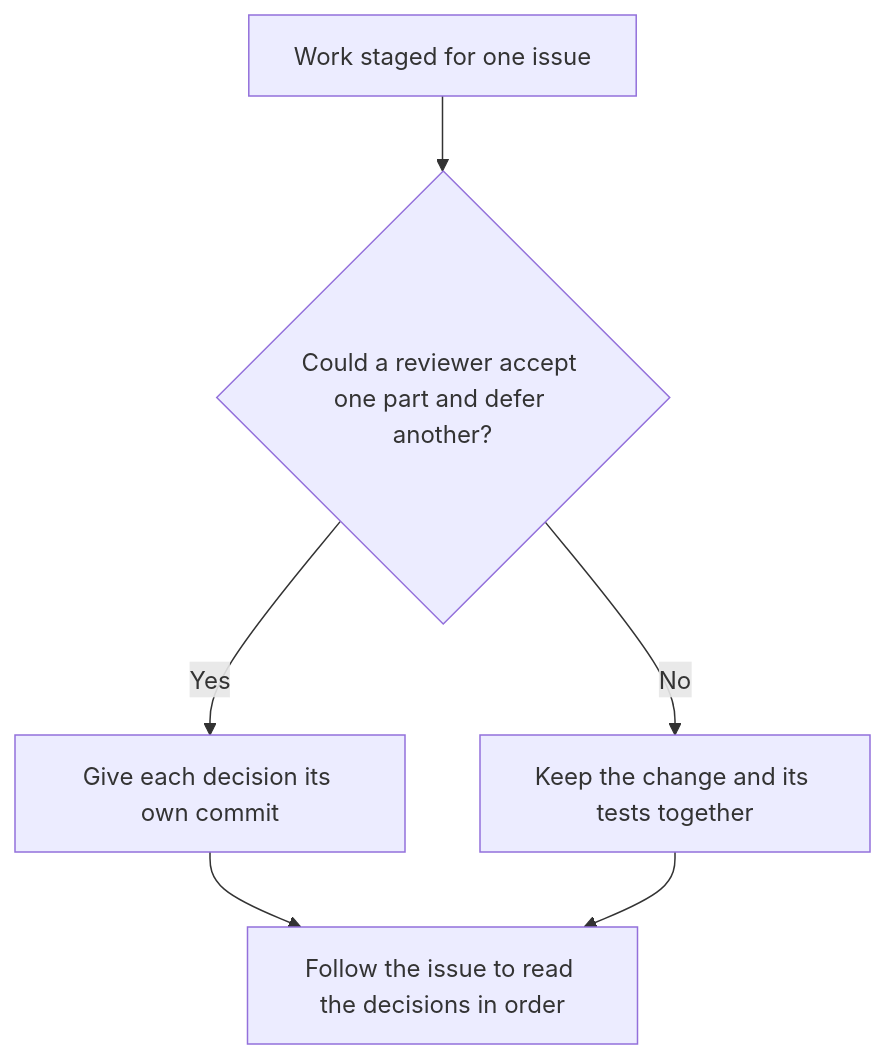
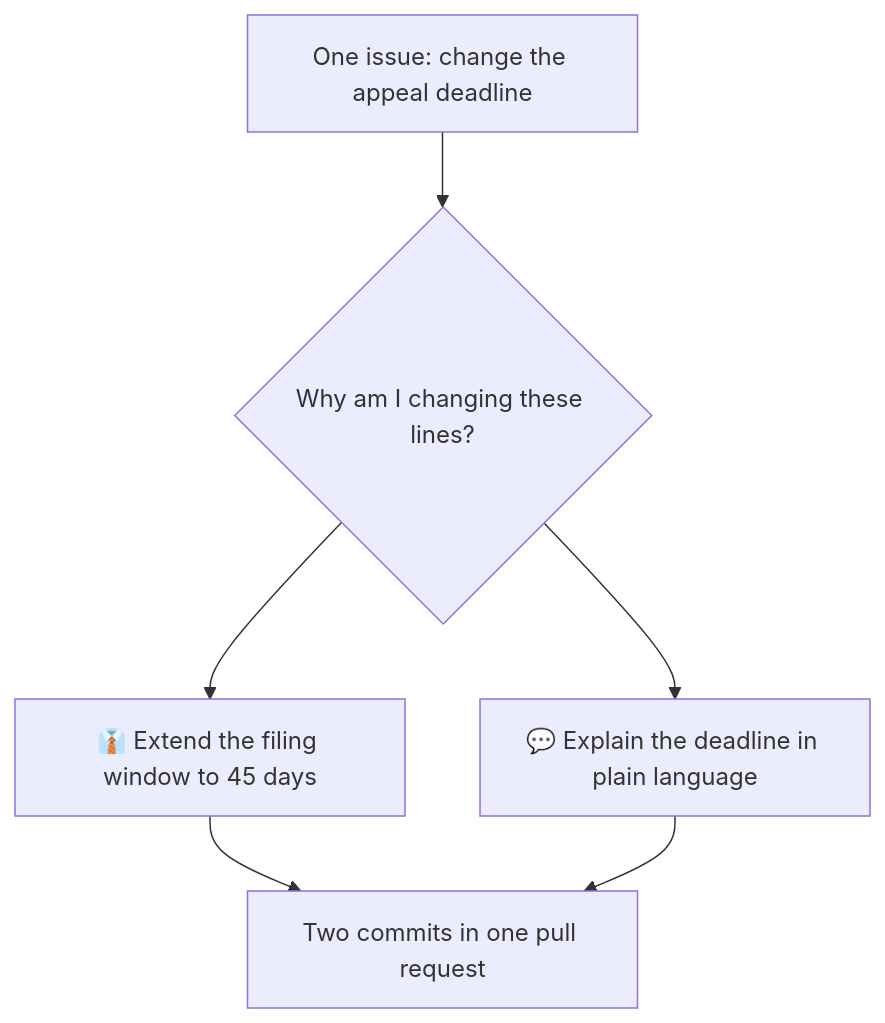
The diagram in README.md (D1no/gitmoji), drawn with Mermaid before and after one commit. The commit also changed other lines of this file, not shown here.

Commit message:
👌 <`🧑‍💻📝`> #3 (docs): show how two intentions share one review round
The earlier chart made the split depend on what a reviewer might defer. The author can name the policy and wording decisions before opening the pull request.

△ `0.22.0`
gpt-6.2-astra (high)
Codex

````diff
--- a/README.md
+++ b/README.md
@@ -22,8 +22,8 @@
 ```mermaid
 flowchart TD
-    work["Work staged for one issue"] --> decision{"Could a reviewer accept one part and defer another?"}
-    decision -->|Yes| split["Give each decision its own commit"]
-    decision -->|No| together["Keep the change and its tests together"]
-    split --> history["Follow the issue to read the decisions in order"]
-    together --> history
+    issue["One issue: change the appeal deadline"] --> why{"Why am I changing these lines?"}
+    why --> rule["👔 Extend the filing window to 45 days"]
+    why --> words["💬 Explain the deadline in plain language"]
+    rule --> pr["Two commits in one pull request"]
+    words --> pr
 ```
````
